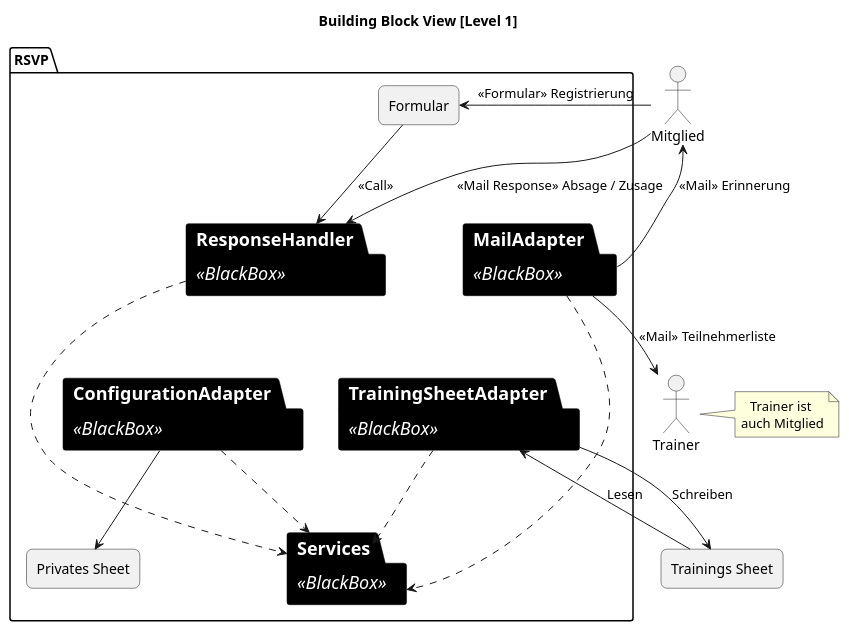
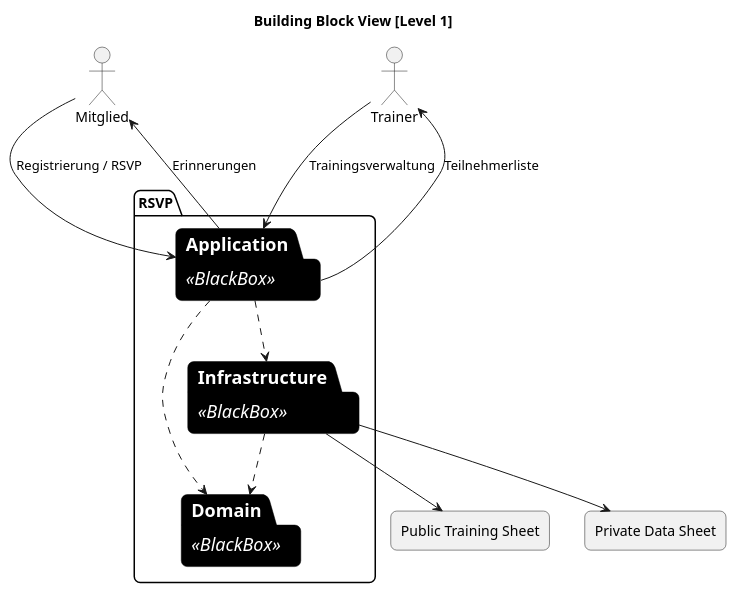
Before and after one commit to Latissi/google-sheet-rsvp-integration: the diagram in docs/5_Building_Block_View/building_block_lvl_1.puml, drawn with PlantUML. The commit also changed 15 other files, not shown here.

```diff
--- a/docs/5_Building_Block_View/building_block_lvl_1.puml
+++ b/docs/5_Building_Block_View/building_block_lvl_1.puml
@@ -1,54 +1,49 @@
 @startuml
 title Building Block View [Level 1]
 
 skinparam shadowing false
 skinparam defaultTextAlignment center
 skinparam rectangle {
+  RoundCorner 12
+}
+skinparam package {
   RoundCorner 12
 }
 skinparam package<<BlackBox>> {
   BackgroundColor black
   BorderColor black
   FontColor white
   FontSize 18
   Padding 60
 }
+skinparam rectangle<<BlackBox>> {
+  BackgroundColor black
+  BorderColor black
+  FontColor white
+  FontSize 18
+}
 
 actor "Mitglied" as Member
 actor "Trainer" as Trainer
-note right of Trainer : Trainer ist \nauch Mitglied
 
-rectangle "Trainings Sheet" as Sheet
+rectangle "Public Training Sheet" as PublicSheet
+rectangle "Private Data Sheet" as PrivateSheet
 
 package RSVP {
-  package Services <<BlackBox>>
-  rectangle Formular
-  package MailAdapter <<BlackBox>>
-  package ResponseHandler <<BlackBox>>
-  package TrainingSheetAdapter <<BlackBox>>
-  package ConfigurationAdapter <<BlackBox>>
-  rectangle Private_Data_Sheet as "Privates Sheet"
-
-  Formular -[hidden]down-> TrainingSheetAdapter
-  ResponseHandler -[hidden]down-> TrainingSheetAdapter
-  MailAdapter -[hidden]down-> ConfigurationAdapter
+  package "Application" as Application <<BlackBox>>
+  package "Domain" as Domain <<BlackBox>>
+  package "Infrastructure" as Infrastructure <<BlackBox>>
 }
 
-ConfigurationAdapter ..> Services
-TrainingSheetAdapter ..> Services
-MailAdapter ..> Services
-ResponseHandler ..> Services
+Member --> Application : Registrierung / RSVP
+Trainer --> Application : Trainingsverwaltung
+Application --> Member : Erinnerungen
+Application --> Trainer : Teilnehmerliste
 
-Formular --> ResponseHandler : <<Call>> 
-Member --> Formular : <<Formular>> Registrierung
-MailAdapter --> Member : <<Mail>> Erinnerung
-Member --> ResponseHandler : <<Mail Response>> Absage / Zusage
+Application ..> Domain
+Application ..> Infrastructure
+Infrastructure ..> Domain
 
-MailAdapter --> Trainer: <<Mail>> Teilnehmerliste
-
-Sheet --> TrainingSheetAdapter : Lesen
-TrainingSheetAdapter --> Sheet : Schreiben
-
-
-ConfigurationAdapter --> Private_Data_Sheet
+Infrastructure --> PublicSheet
+Infrastructure --> PrivateSheet
 @enduml
```
